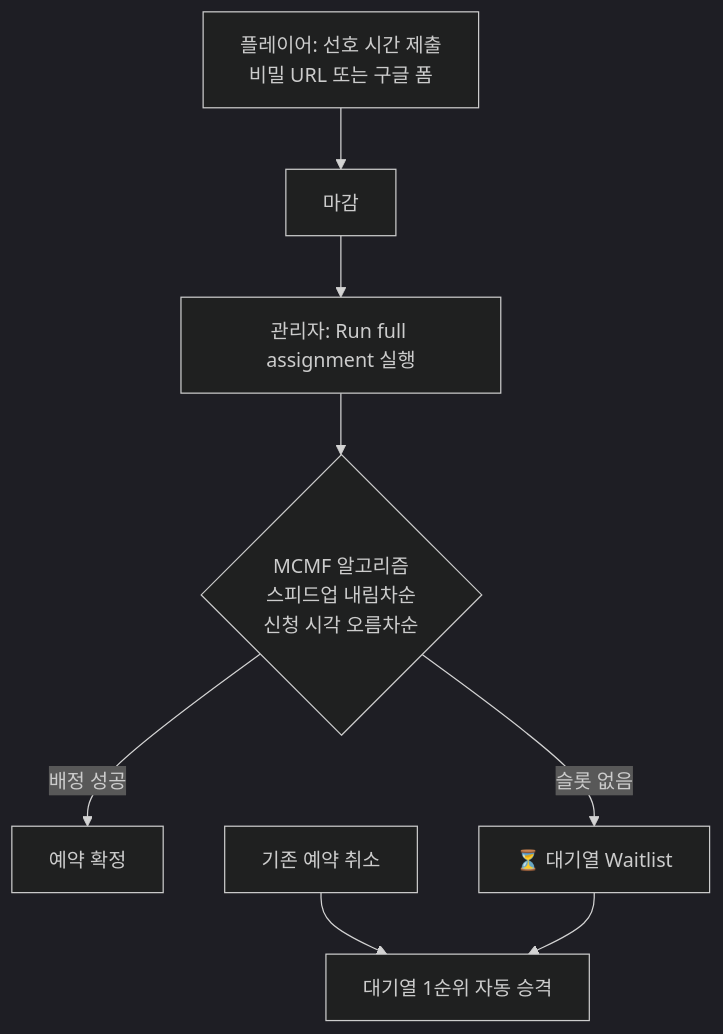
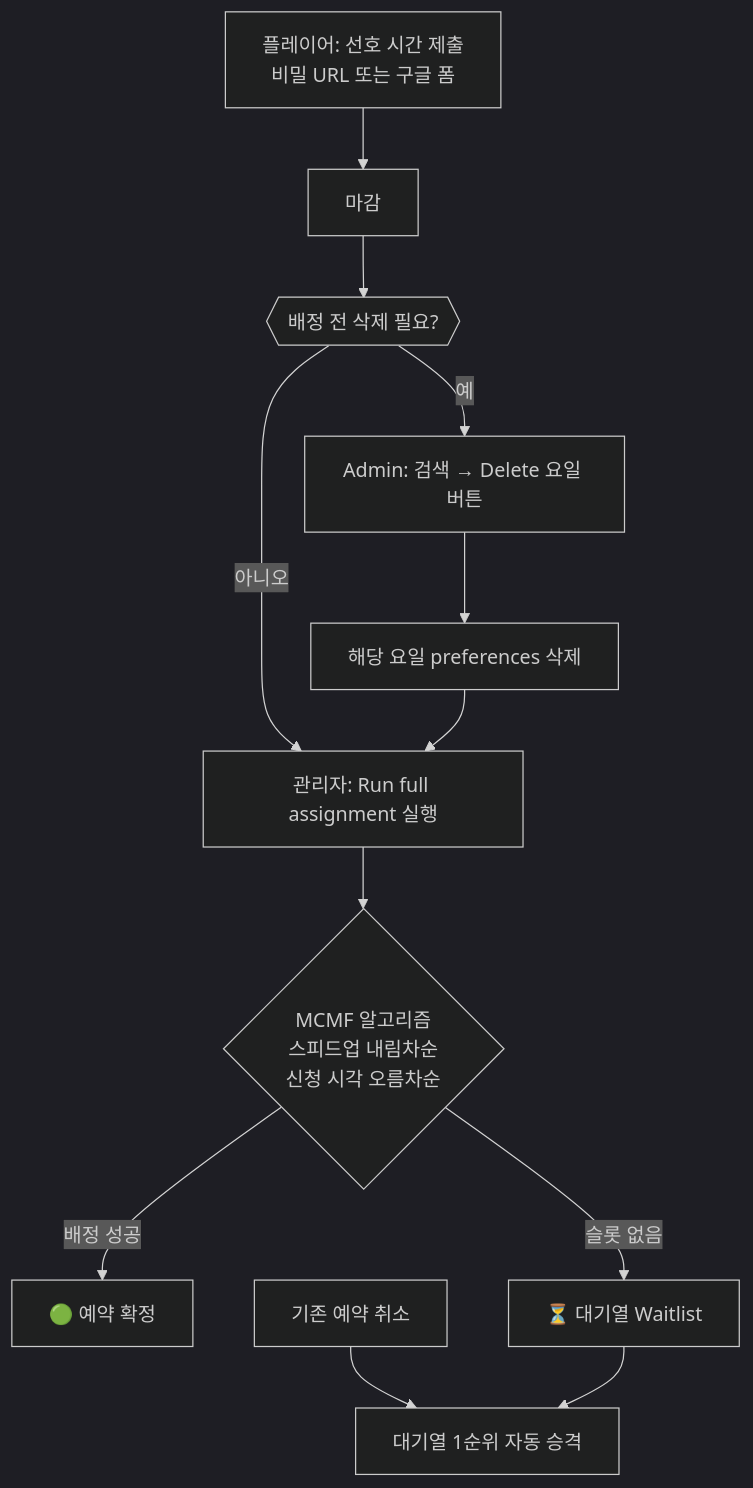
The first of 2 diagrams in README.md (SxxM131/wos1234), drawn with Mermaid (dark theme) before and after one commit. The commit also changed other lines of this file and 2 other files, not shown here.

````diff
--- a/README.md
+++ b/README.md
@@ -107,10 +114,14 @@
 ```mermaid
 flowchart TD
     A[플레이어: 선호 시간 제출\n비밀 URL 또는 구글 폼] --> B[마감]
-    B --> C[관리자: Run full assignment 실행]
+    B --> B2{{배정 전 삭제 필요?}}
+    B2 -->|예| B3[Admin: 검색 → Delete 요일 버튼]
+    B3 --> B4[해당 요일 preferences 삭제]
+    B2 -->|아니오| C[관리자: Run full assignment 실행]
+    B4 --> C
     C --> D{MCMF 알고리즘\n스피드업 내림차순\n신청 시각 오름차순}
-    D -->|배정 성공| E[ 예약 확정]
+    D -->|배정 성공| E[🟢 예약 확정]
     D -->|슬롯 없음| F[⏳ 대기열 Waitlist]
     G[기존 예약 취소] --> H[대기열 1순위 자동 승격]
     F --> H
 ```
````
